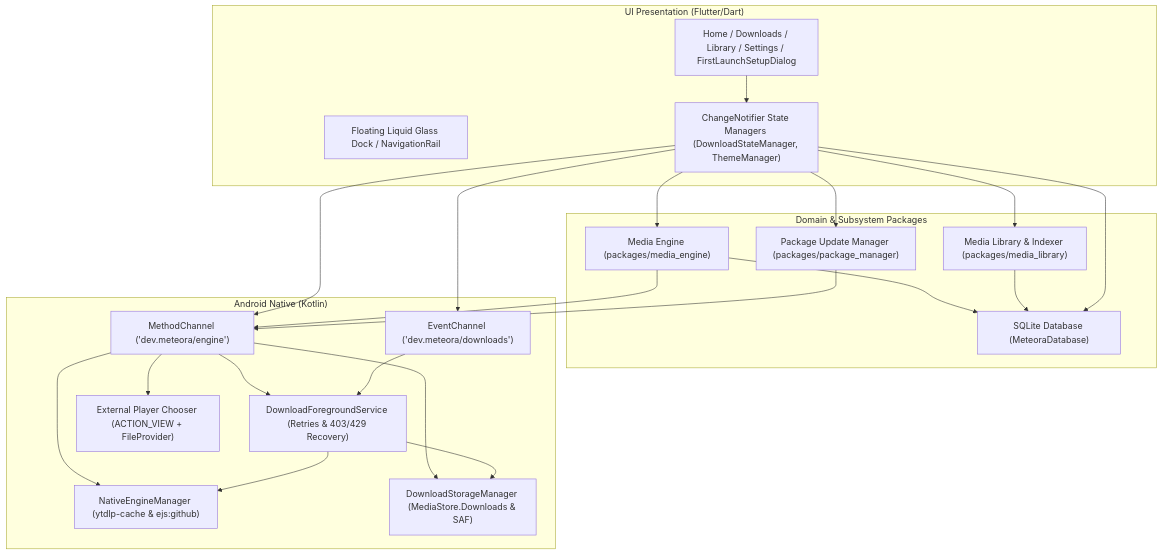
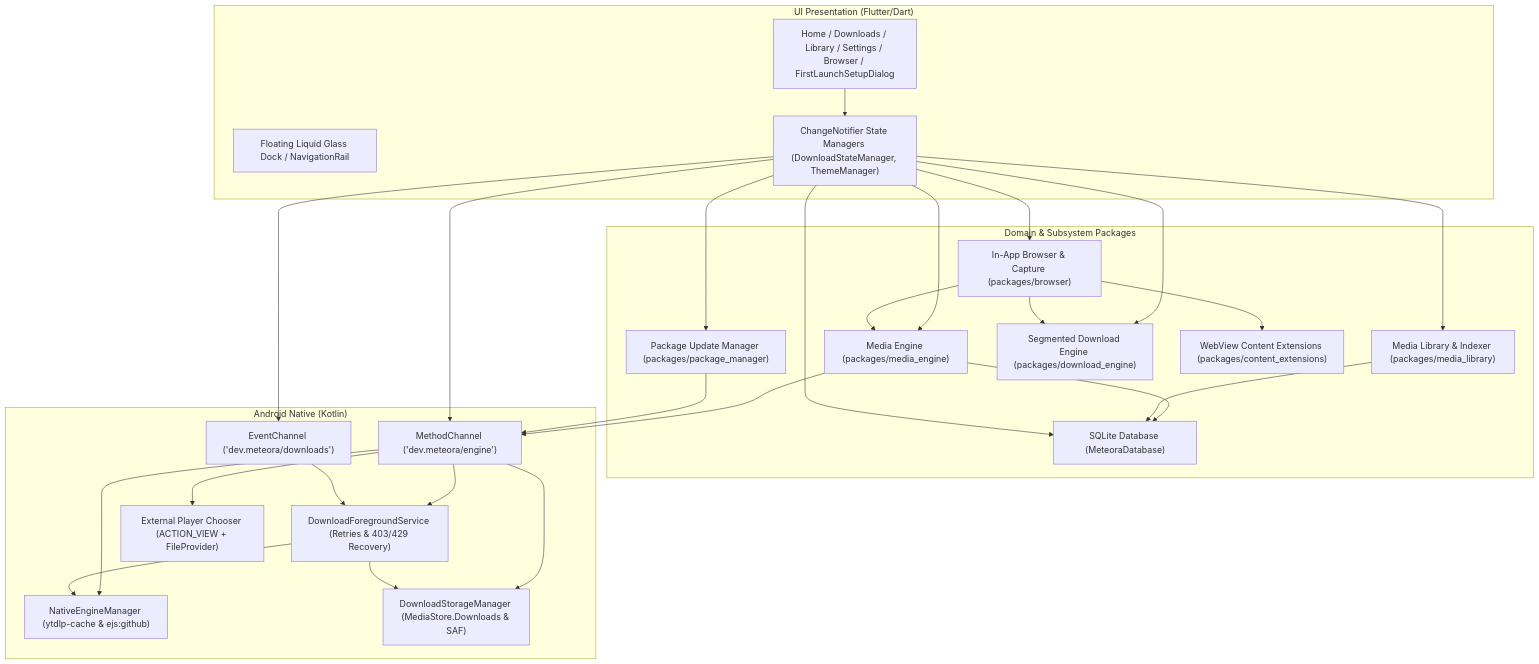
The first of 2 diagrams in docs/ARCHITECTURE.md (ameya-deshpande-5056/meteora-dl), drawn with Mermaid before and after one commit. The commit also changed other lines of this file and 57 other files, not shown here.

First line of the commit message:
feat(download_engine): add DirectDownloadStore and DirectDownloadQueue support to MainActivity

````diff
--- a/docs/ARCHITECTURE.md
+++ b/docs/ARCHITECTURE.md
@@ -7,45 +7,53 @@
 ```mermaid
 graph TD
     subgraph UI_Presentation ["UI Presentation (Flutter/Dart)"]
         Nav["Floating Liquid Glass Dock / NavigationRail"]
-        Screens["Home / Downloads / Library / Settings / FirstLaunchSetupDialog"]
+        Screens["Home / Downloads / Library / Settings / Browser / FirstLaunchSetupDialog"]
         State["ChangeNotifier State Managers (DownloadStateManager, ThemeManager)"]
     end
 
     subgraph Core_Domain ["Domain & Subsystem Packages"]
         Engine["Media Engine (packages/media_engine)"]
         PkgMgr["Package Update Manager (packages/package_manager)"]
         Library["Media Library & Indexer (packages/media_library)"]
+        DownloadEnginePkg["Segmented Download Engine (packages/download_engine)"]
+        BrowserPkg["In-App Browser & Capture (packages/browser)"]
+        ExtensionsPkg["WebView Content Extensions (packages/content_extensions)"]
         Storage["SQLite Database (MeteoraDatabase)"]
     end
 
     subgraph Native_Platform ["Android Native (Kotlin)"]
         MethodChannel["MethodChannel ('dev.meteora/engine')"]
         EventChannel["EventChannel ('dev.meteora/downloads')"]
         Service["DownloadForegroundService (Retries & 403/429 Recovery)"]
         NativeEngine["NativeEngineManager (ytdlp-cache & ejs:github)"]
         StorageMgr["DownloadStorageManager (MediaStore.Downloads & SAF)"]
         ExternalPlayer["External Player Chooser (ACTION_VIEW + FileProvider)"]
     end
 
     Screens --> State
     State --> Engine
     State --> PkgMgr
     State --> Library
     Engine --> Storage
     Library --> Storage
     State --> Storage
+    State --> DownloadEnginePkg
+    State --> BrowserPkg
+    BrowserPkg --> DownloadEnginePkg
+    BrowserPkg --> ExtensionsPkg
+    BrowserPkg --> Engine
     
     Engine --> MethodChannel
     PkgMgr --> MethodChannel
     State --> MethodChannel
     State --> EventChannel
     
     MethodChannel --> Service
     MethodChannel --> NativeEngine
     MethodChannel --> StorageMgr
     MethodChannel --> ExternalPlayer
     EventChannel --> Service
     Service --> NativeEngine
     Service --> StorageMgr
 ```
````
